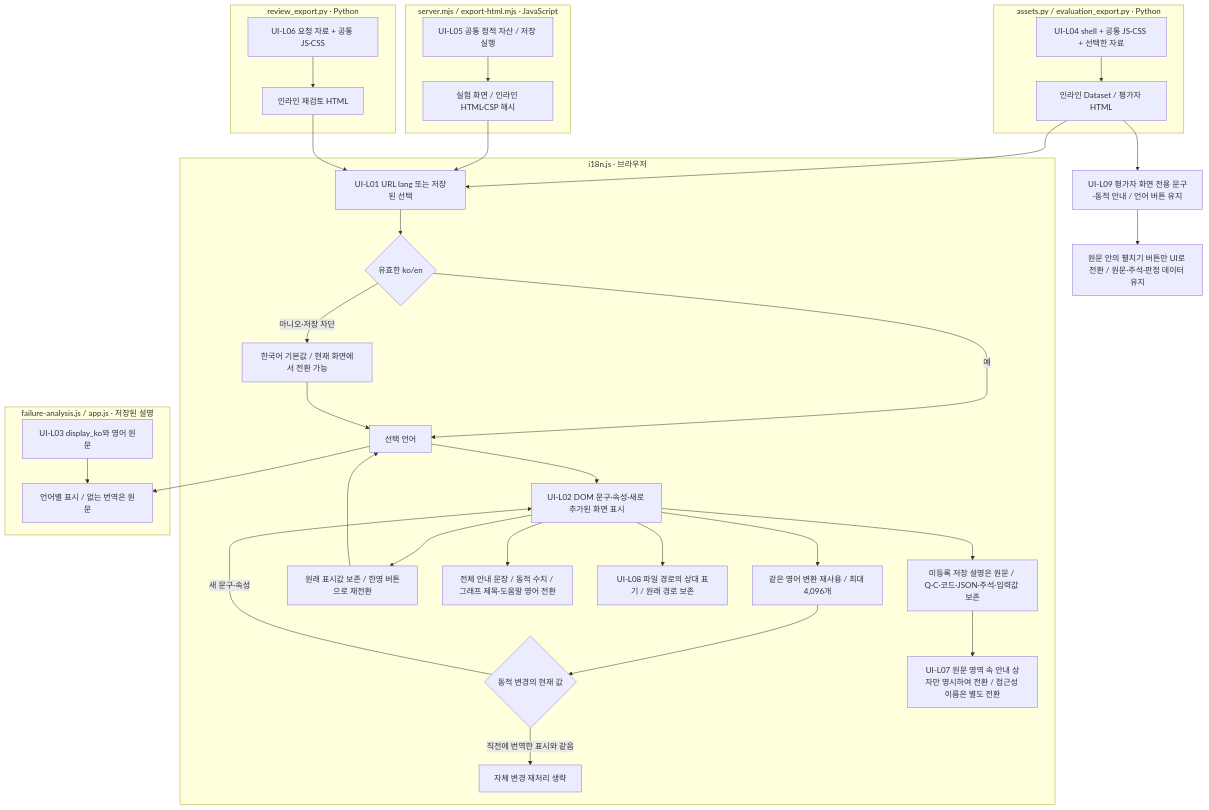
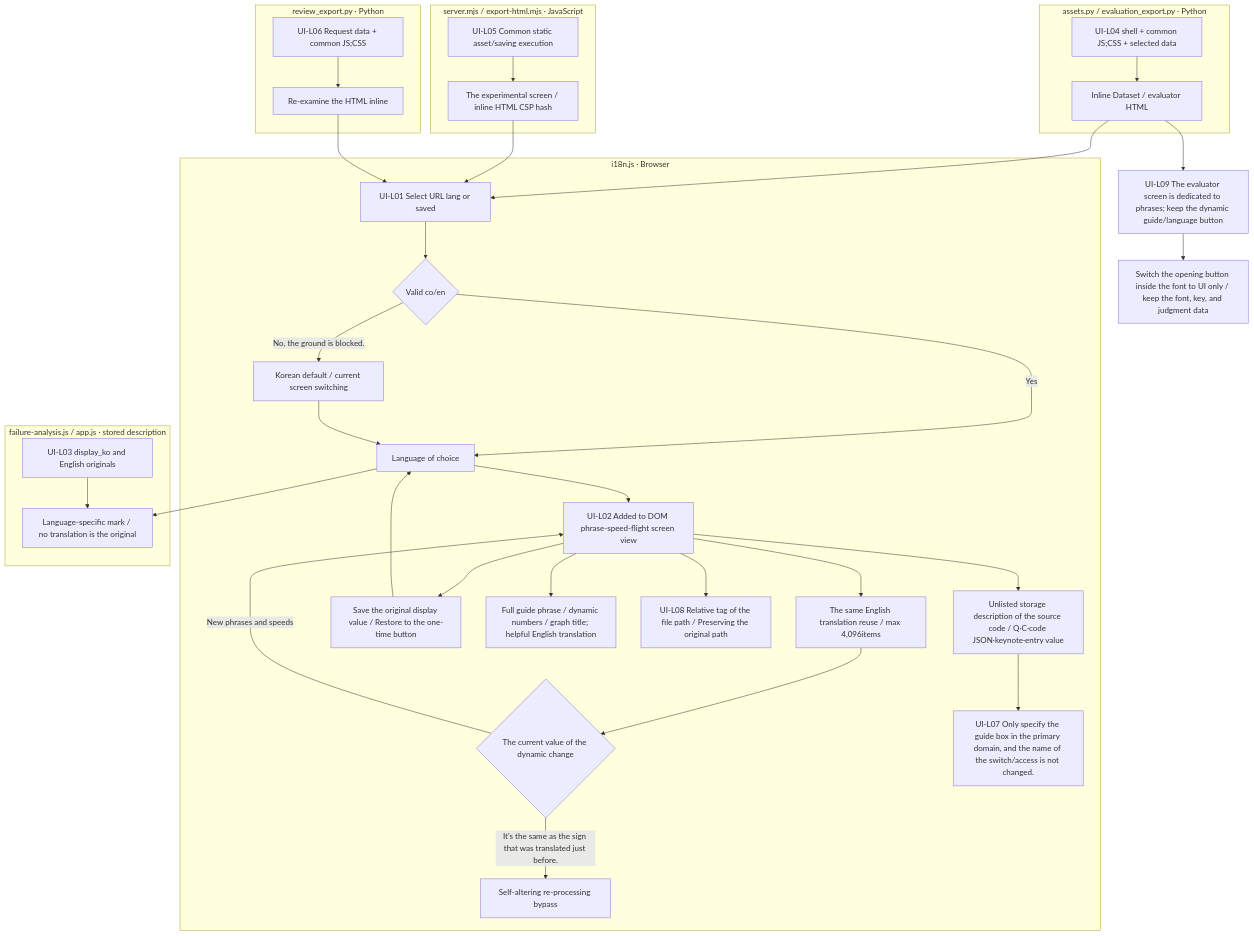
The diagram in viewer/shared/README.md (pnu-clink/finject), drawn with Mermaid before and after one commit. The commit also changed other lines of this file and 644 other files, not shown here.

````diff
--- a/viewer/shared/README.md
+++ b/viewer/shared/README.md
@@ -17,37 +17,37 @@
 ```mermaid
 flowchart TD
- subgraph PREF["i18n.js · 브라우저"]
-  A["UI-L01 URL lang 또는 저장된 선택"] --> B{"유효한 ko/en"}
-  B -->|예| C["선택 언어"]
-  B -->|아니오·저장 차단| D["한국어 기본값 / 현재 화면에서 전환 가능"]
+ subgraph PREF["i18n.js · Browser"]
+  A["UI-L01 Select URL lang or saved"] --> B{"Valid co/en"}
+  B -->|Yes| C["Language of choice"]
+  B -->|No, the ground is blocked.| D["Korean default / current screen switching"]
   D --> C
-  C --> E["UI-L02 DOM 문구·속성·새로 추가된 화면 표시"]
-  E --> CACHE["같은 영어 변환 재사용 / 최대 4,096개"]
-  CACHE --> OBS{"동적 변경의 현재 값"}
-  OBS -->|직전에 번역한 표시와 같음| SKIP["자체 변경 재처리 생략"]
-  OBS -->|새 문구·속성| E
-  E --> F["원래 표시값 보존 / 한영 버튼으로 재전환"] --> C
-  E --> LABEL["전체 안내 문장 / 동적 수치 / 그래프 제목·도움말 영어 전환"]
-  E --> PATH["UI-L08 파일 경로의 상대 표기 / 원래 경로 보존"]
-  E --> G["미등록 저장 설명은 원문 / Q·C·코드·JSON·주석·입력값 보존"]
-  G --> UI["UI-L07 원문 영역 속 안내 상자만 명시하여 전환 / 접근성 이름은 별도 전환"]
+  C --> E["UI-L02 Added to DOM phrase-speed-flight screen view"]
+  E --> CACHE["The same English translation reuse / max 4,096items"]
+  CACHE --> OBS{"The current value of the dynamic change"}
+  OBS -->|It's the same as the sign that was translated just before.| SKIP["Self-altering re-processing bypass"]
+  OBS -->|New phrases and speeds| E
+  E --> F["Save the original display value / Restore to the one-time button"] --> C
+  E --> LABEL["Full guide phrase / dynamic numbers / graph title; helpful English translation"]
+  E --> PATH["UI-L08 Relative tag of the file path / Preserving the original path"]
+  E --> G["Unlisted storage description of the source code / Q·C·code JSON·keynote·entry value"]
+  G --> UI["UI-L07 Only specify the guide box in the primary domain, and the name of the switch/access is not changed."]
  end
- subgraph TEXT["failure-analysis.js / app.js · 저장된 설명"]
-  H["UI-L03 display_ko와 영어 원문"] --> I["언어별 표시 / 없는 번역은 원문"]
+ subgraph TEXT["failure-analysis.js / app.js · stored description"]
+  H["UI-L03 display_ko and English originals"] --> I["Language-specific mark / no translation is the original"]
   C --> I
  end
  subgraph DATASET["assets.py / evaluation_export.py · Python"]
-  J["UI-L04 shell + 공통 JS·CSS + 선택한 자료"] --> K["인라인 Dataset / 평가자 HTML"]
+  J["UI-L04 shell + common JS;CSS + selected data"] --> K["Inline Dataset / evaluator HTML"]
  end
  subgraph EXP["server.mjs / export-html.mjs · JavaScript"]
-  L["UI-L05 공통 정적 자산 / 저장 실행"] --> M["실험 화면 / 인라인 HTML·CSP 해시"]
+  L["UI-L05 Common static asset/saving execution"] --> M["The experimental screen / inline HTML CSP hash"]
  end
  subgraph ANNOTATION["review_export.py · Python"]
-  N["UI-L06 요청 자료 + 공통 JS·CSS"] --> O["인라인 재검토 HTML"]
+  N["UI-L06 Request data + common JS;CSS"] --> O["Re-examine the HTML inline"]
  end
   K --> A
-  K --> REVIEW["UI-L09 평가자 화면 전용 문구·동적 안내 / 언어 버튼 유지"]
-  REVIEW --> GAP["원문 안의 펼치기 버튼만 UI로 전환 / 원문·주석·판정 데이터 유지"]
+  K --> REVIEW["UI-L09 The evaluator screen is dedicated to phrases; keep the dynamic guide/language button"]
+  REVIEW --> GAP["Switch the opening button inside the font to UI only / keep the font, key, and judgment data"]
   M --> A
   O --> A
 ```
````
